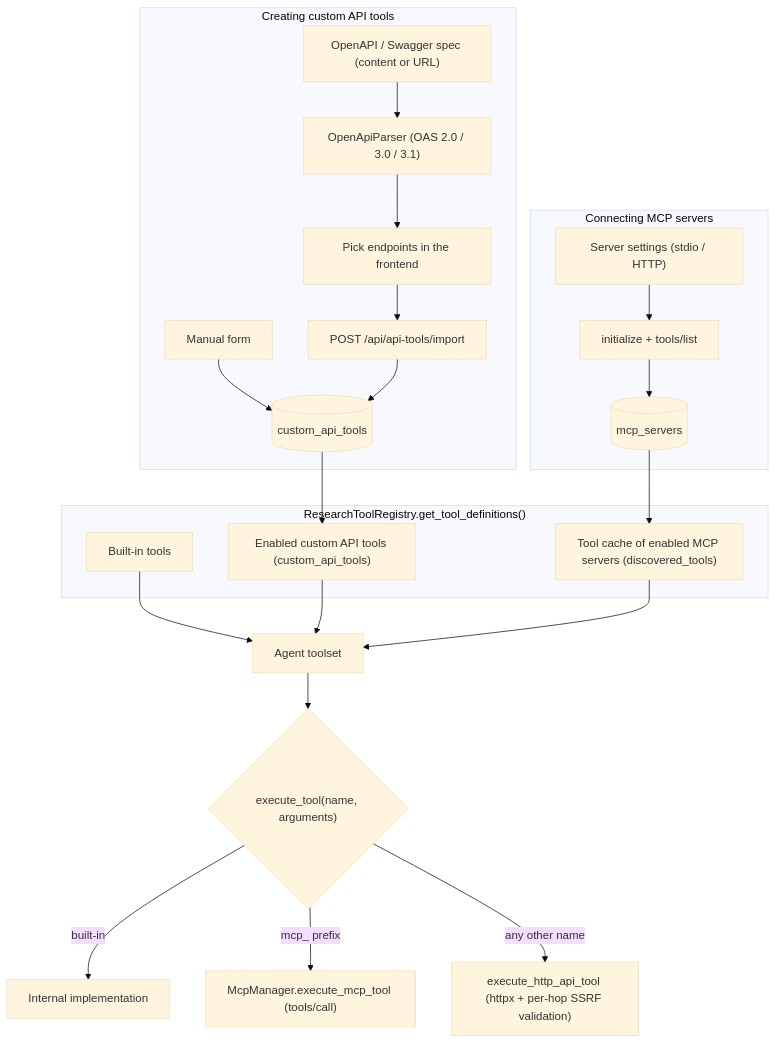
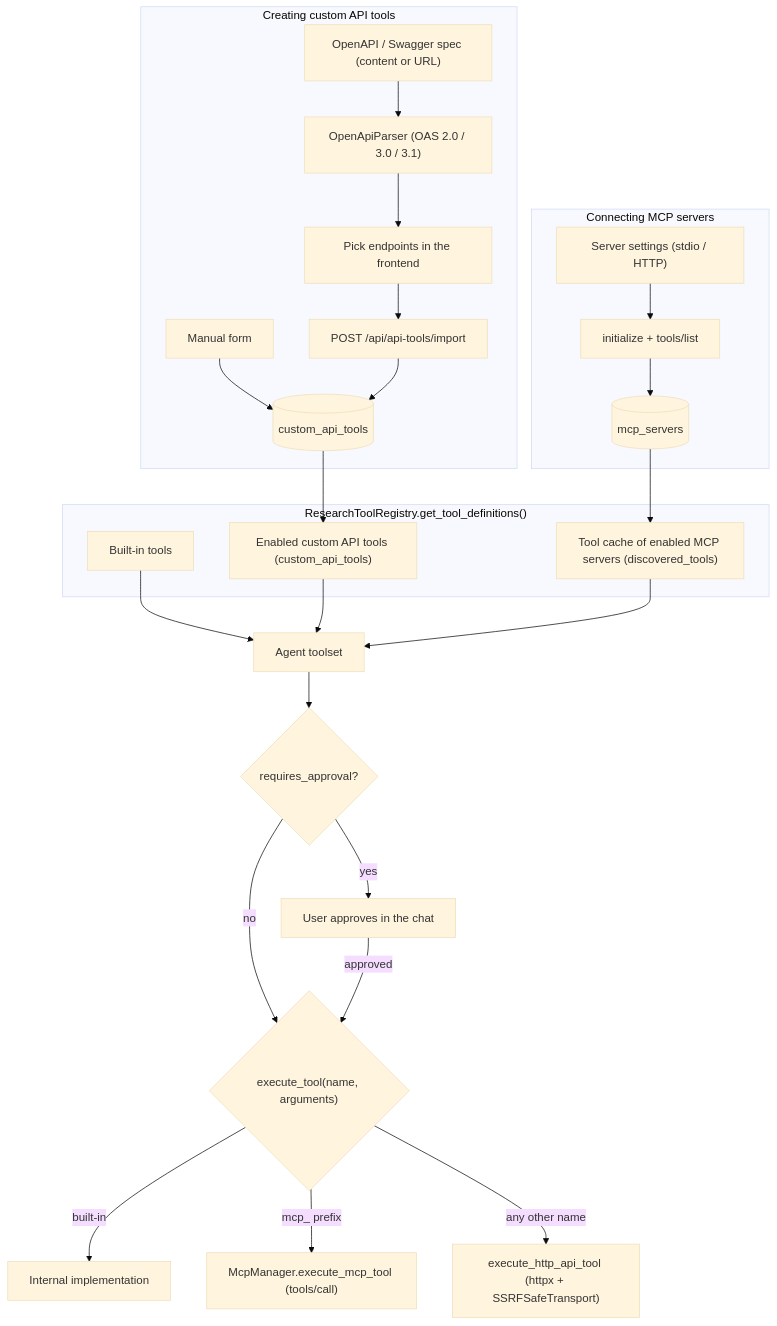
One commit to Scorpio-meow/AskMiao changed the seventh of 9 diagrams in docs/architecture_en.md. Above: the diagram before and after it, drawn with Mermaid (base theme). The commit also changed other lines of this file and 84 other files, not shown here.

````diff
--- a/docs/architecture_en.md
+++ b/docs/architecture_en.md
@@ -410,29 +438,32 @@
 ```mermaid
 flowchart TB
     subgraph Registry ["ResearchToolRegistry.get_tool_definitions()"]
         Builtin["Built-in tools"]
         DynamicApi["Enabled custom API tools (custom_api_tools)"]
         DynamicMcp["Tool cache of enabled MCP servers (discovered_tools)"]
     end
 
     subgraph ImportFlow ["Creating custom API tools"]
         Spec["OpenAPI / Swagger spec (content or URL)"] --> Parser["OpenApiParser (OAS 2.0 / 3.0 / 3.1)"]
         Parser --> Select["Pick endpoints in the frontend"]
         Select --> Import["POST /api/api-tools/import"]
         Manual["Manual form"] --> DB[(custom_api_tools)]
         Import --> DB
     end
 
     subgraph McpFlow ["Connecting MCP servers"]
         Server["Server settings (stdio / HTTP)"] --> Discover["initialize + tools/list"]
         Discover --> McpDB[(mcp_servers)]
     end
 
     DB --> DynamicApi
     McpDB --> DynamicMcp
     Builtin & DynamicApi & DynamicMcp --> Agent["Agent toolset"]
-    Agent --> Exec{"execute_tool(name, arguments)"}
+    Agent --> Gate{"requires_approval?"}
+    Gate -->|yes| Ask["User approves in the chat"]
+    Gate -->|no| Exec{"execute_tool(name, arguments)"}
+    Ask -->|approved| Exec
     Exec -->|built-in| Internal["Internal implementation"]
     Exec -->|mcp_ prefix| McpCall["McpManager.execute_mcp_tool (tools/call)"]
-    Exec -->|any other name| Http["execute_http_api_tool (httpx + per-hop SSRF validation)"]
+    Exec -->|any other name| Http["execute_http_api_tool (httpx + SSRFSafeTransport)"]
 ```
````
